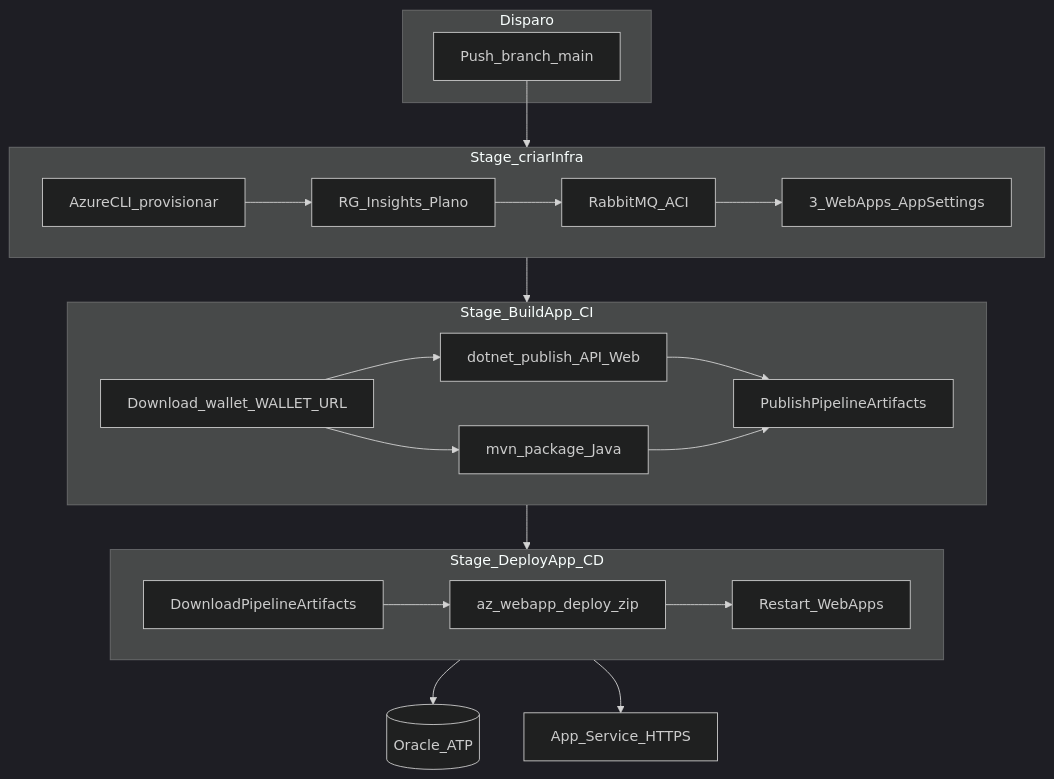
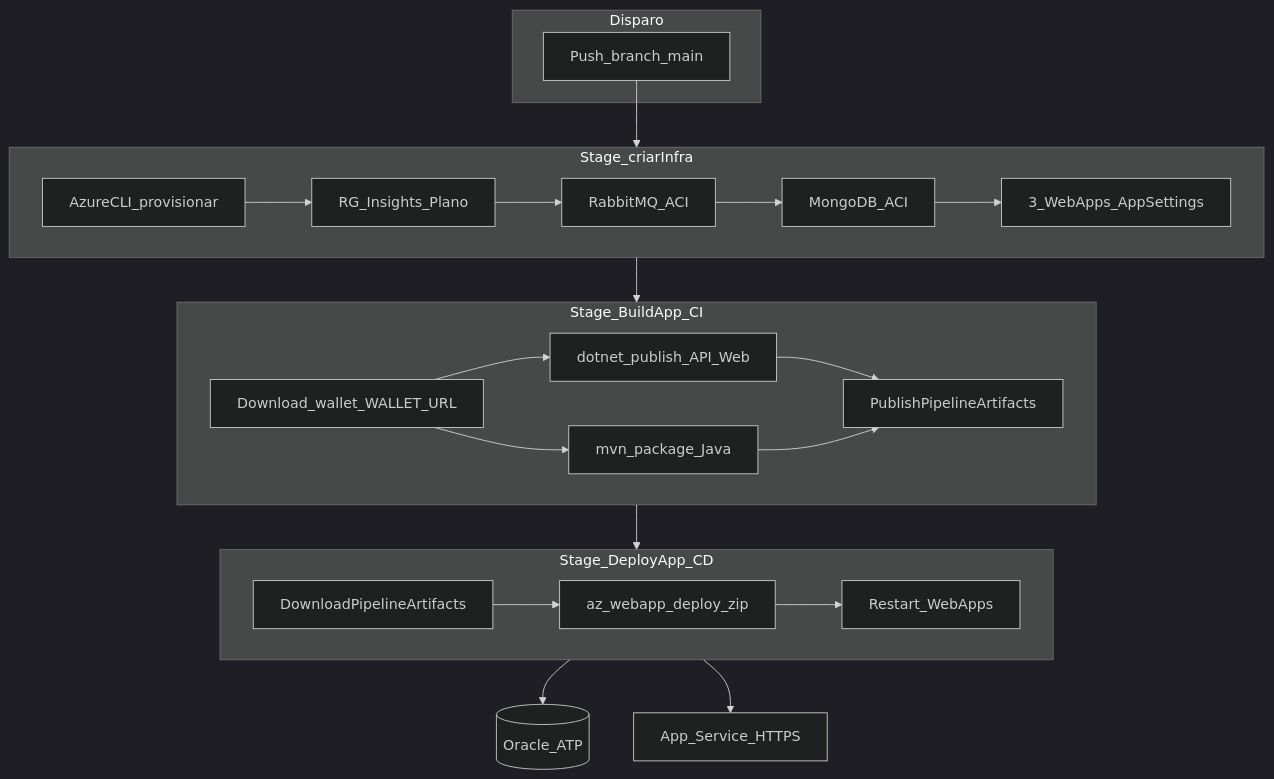
Before and after one commit to bmvck/SolarMetrics-DevOps: the diagram in docs/PIPELINE-CI-CD.md, drawn with Mermaid (dark theme). The commit also changed other lines of this file and 4 other files, not shown here.

````diff
--- a/docs/PIPELINE-CI-CD.md
+++ b/docs/PIPELINE-CI-CD.md
@@ -17,29 +17,30 @@
 ```mermaid
 flowchart TB
   subgraph trigger [Disparo]
     push[Push_branch_main]
   end
   subgraph stage1 [Stage_criarInfra]
     infra[AzureCLI_provisionar]
     infra --> rg[RG_Insights_Plano]
     rg --> rmq[RabbitMQ_ACI]
-    rmq --> wa[3_WebApps_AppSettings]
+    rmq --> mongo[MongoDB_ACI]
+    mongo --> wa[3_WebApps_AppSettings]
   end
   subgraph stage2 [Stage_BuildApp_CI]
     wal[Download_wallet_WALLET_URL]
     wal --> net[dotnet_publish_API_Web]
     net --> art[PublishPipelineArtifacts]
     wal --> jva[mvn_package_Java]
     jva --> art
   end
   subgraph stage3 [Stage_DeployApp_CD]
     dl[DownloadPipelineArtifacts]
     dl --> dep[az_webapp_deploy_zip]
     dep --> rst[Restart_WebApps]
   end
   push --> stage1
   stage1 --> stage2
   stage2 --> stage3
   stage3 --> oci[(Oracle_ATP)]
   stage3 --> apps[App_Service_HTTPS]
 ```
````
